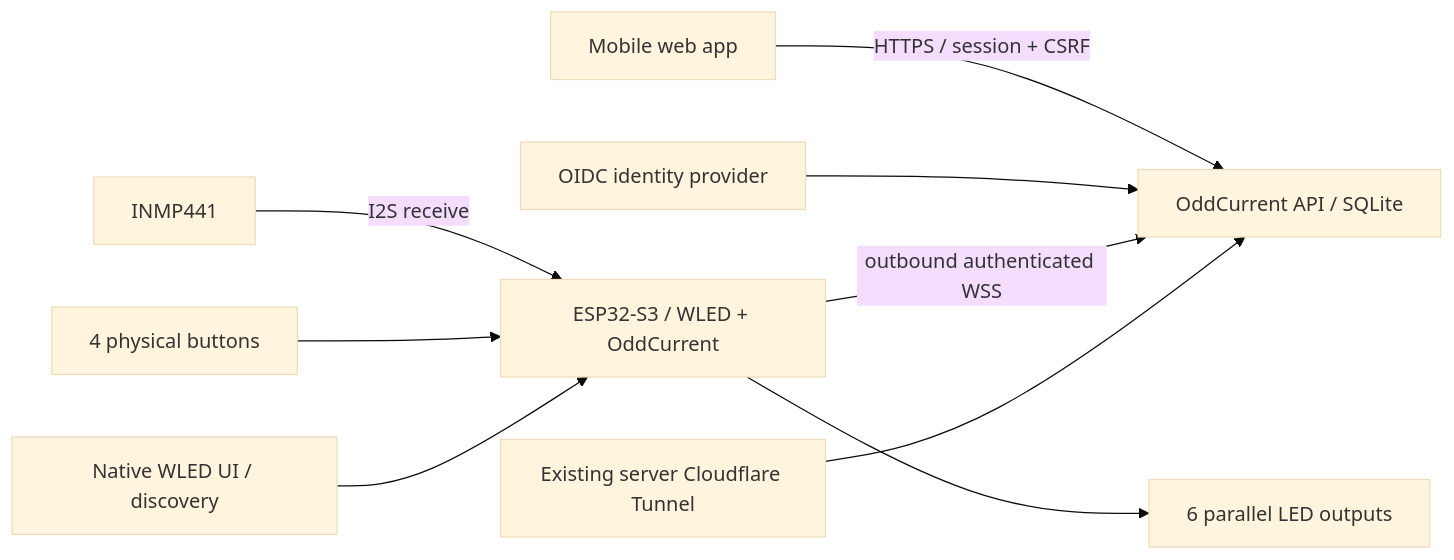
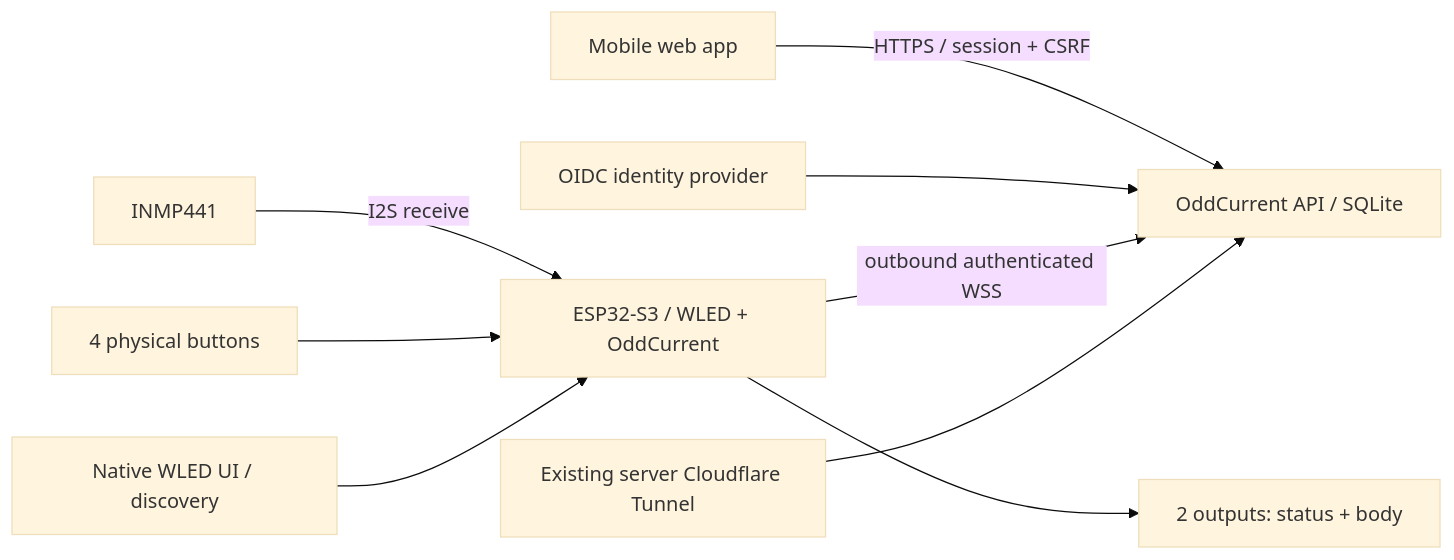
The diagram in docs/architecture.md (sheldondickinson/OddCurrent), drawn with Mermaid (base theme) before and after one commit. The commit also changed other lines of this file and 2 other files, not shown here.

````diff
--- a/docs/architecture.md
+++ b/docs/architecture.md
@@ -11,11 +11,11 @@
 ```mermaid
 flowchart LR
   UI[Mobile web app] -->|HTTPS / session + CSRF| API[OddCurrent API / SQLite]
   IDP[OIDC identity provider] --> API
   ESP[ESP32-S3 / WLED + OddCurrent] -->|outbound authenticated WSS| API
-  ESP --> LED[6 parallel LED outputs]
+  ESP --> LED[2 outputs: status + body]
   MIC[INMP441] -->|I2S receive| ESP
   BTN[4 physical buttons] --> ESP
   LAN[Native WLED UI / discovery] --> ESP
   Tunnel[Existing server Cloudflare Tunnel] --> API
 ```
````
